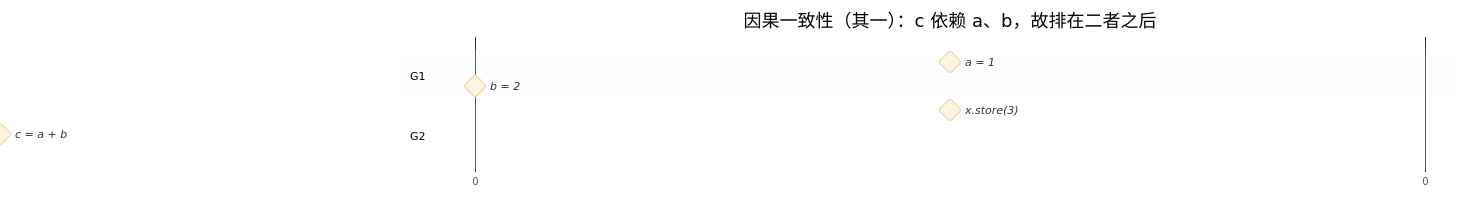
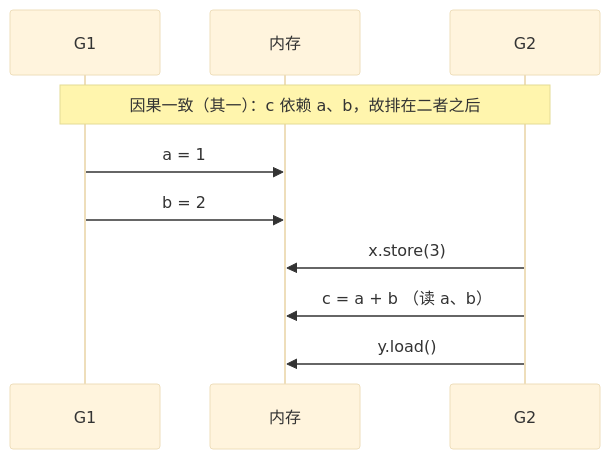
One commit to golang-design/under-the-hood changed the fifth of 11 diagrams in book/zh-cn/part1basic/ch05sync/mem.md. Above: the diagram before and after it, drawn with Mermaid (base theme). The commit also changed other lines of this file and 1 other file, not shown here.

First line of the commit message:
book: replace gantt timing diagrams with sequence diagrams

````diff
--- a/book/zh-cn/part1basic/ch05sync/mem.md
+++ b/book/zh-cn/part1basic/ch05sync/mem.md
@@ -152,13 +149,12 @@
 ```mermaid
-gantt
-    title 因果一致性（其一）：c 依赖 a、b，故排在二者之后
-    dateFormat X
-    axisFormat %s
-    section G1
-    a = 1 :milestone, 1, 0
-    b = 2 :milestone, 2, 0
-    section G2
-    x.store(3) :milestone, 1, 0
-    c = a + b  :milestone, 3, 0
-    y.load()   :milestone, 4, 0
+sequenceDiagram
+    participant G1
+    participant M as 内存
+    participant G2
+    Note over G1,G2: 因果一致（其一）：c 依赖 a、b，故排在二者之后
+    G1->>M: a = 1
+    G1->>M: b = 2
+    G2->>M: x.store(3)
+    G2->>M: c = a + b （读 a、b）
+    G2->>M: y.load()
 ```
````
